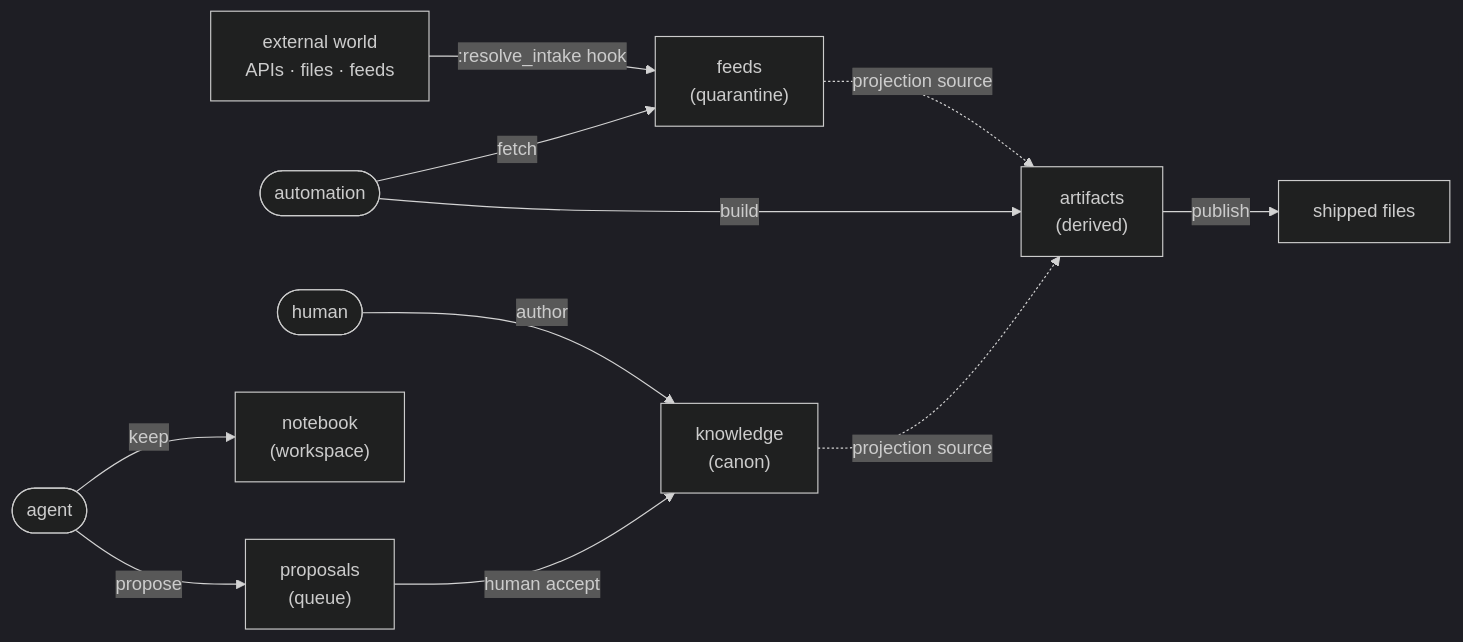
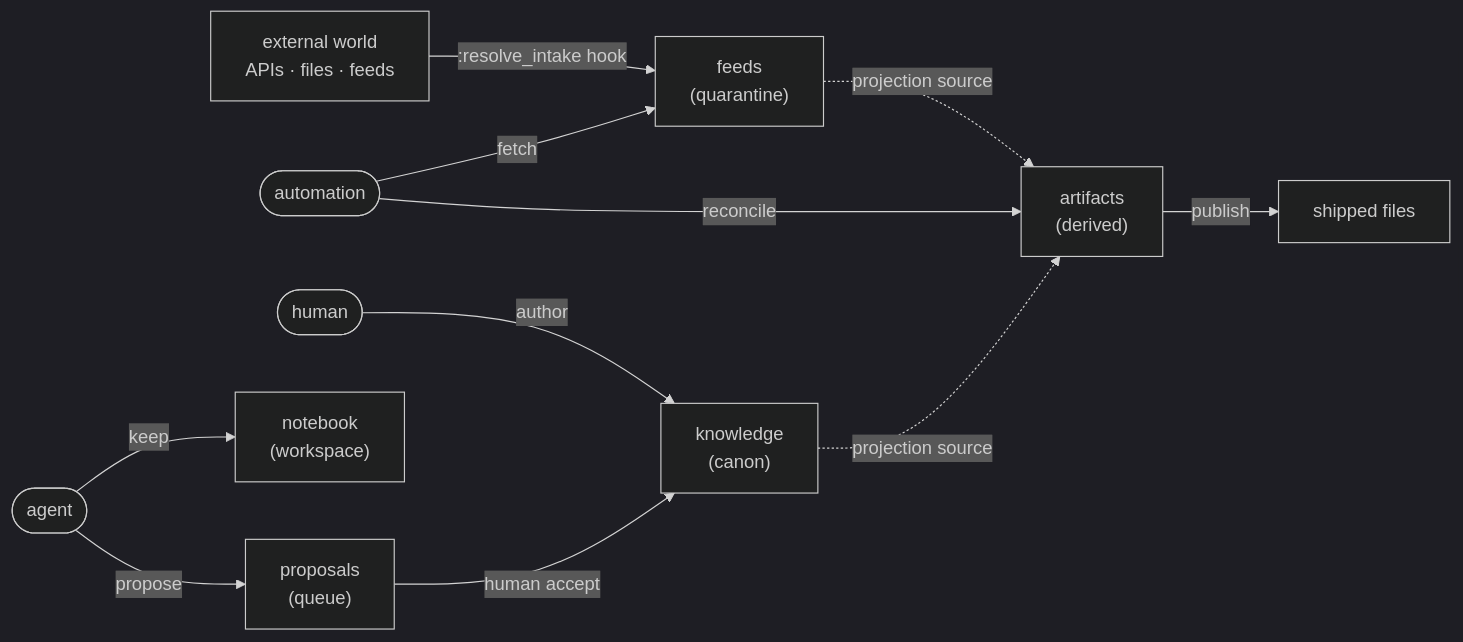
One commit to patrick204nqh/textus changed the first of 2 diagrams in .textus/zones/knowledge/explanation/concepts.md. Above: the diagram before and after it, drawn with Mermaid (dark theme). The commit also changed other lines of this file and 96 other files, not shown here.

First line of the commit message:
Fold build into reconcile (ADR 0087) (#176)

````diff
--- a/.textus/zones/knowledge/explanation/concepts.md
+++ b/.textus/zones/knowledge/explanation/concepts.md
@@ -21,13 +21,13 @@
 ```mermaid
 flowchart LR
     ext["external world<br/>APIs · files · feeds"] -->|:resolve_intake hook| feeds["feeds<br/>(quarantine)"]
     automation(["automation"]) -->|fetch| feeds
     human(["human"]) -->|author| knowledge["knowledge<br/>(canon)"]
     agent(["agent"]) -->|keep| notebook["notebook<br/>(workspace)"]
     agent -->|propose| proposals["proposals<br/>(queue)"]
     proposals -->|human accept| knowledge
-    automation -->|build| artifacts["artifacts<br/>(derived)"]
+    automation -->|reconcile| artifacts["artifacts<br/>(derived)"]
     feeds -.->|projection source| artifacts
     knowledge -.->|projection source| artifacts
     artifacts -->|publish| files["shipped files"]
 ```
````
